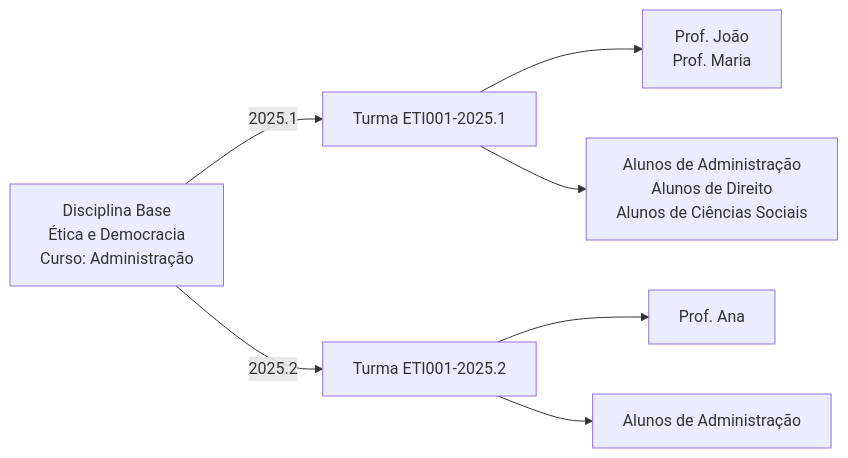
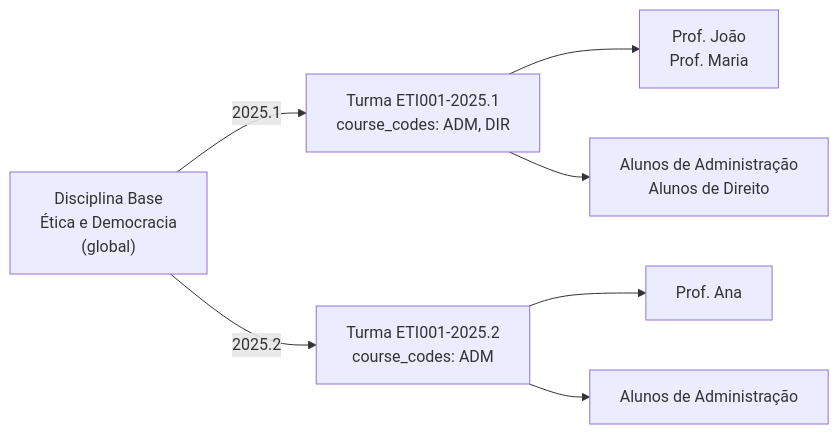
The ninth of 9 diagrams in docs/conceitos-fundamentais.md (ldasistemas/proextend-integration-docs), drawn with Mermaid before and after one commit. The commit also changed other lines of this file and 2 other files, not shown here.

Commit message:
feat: atualizar documentação sobre disciplinas e turmas, incluindo detalhes sobre vinculação via course_codes e tratamento de erros na sincronização

````diff
--- a/docs/conceitos-fundamentais.md
+++ b/docs/conceitos-fundamentais.md
@@ -603,13 +589,13 @@
 ```mermaid
 flowchart LR
-    DISC["Disciplina Base\nÉtica e Democracia\nCurso: Administração"]
+    DISC["Disciplina Base\nÉtica e Democracia\n(global)"]
 
-    DISC -->|2025.1| T1["Turma ETI001-2025.1"]
-    DISC -->|2025.2| T2["Turma ETI001-2025.2"]
+    DISC -->|2025.1| T1["Turma ETI001-2025.1\ncourse_codes: ADM, DIR"]
+    DISC -->|2025.2| T2["Turma ETI001-2025.2\ncourse_codes: ADM"]
 
     T1 --> P1["Prof. João\nProf. Maria"]
-    T1 --> A1["Alunos de Administração\nAlunos de Direito\nAlunos de Ciências Sociais"]
+    T1 --> A1["Alunos de Administração\nAlunos de Direito"]
 
     T2 --> P2["Prof. Ana"]
     T2 --> A2["Alunos de Administração"]
 ```
````
